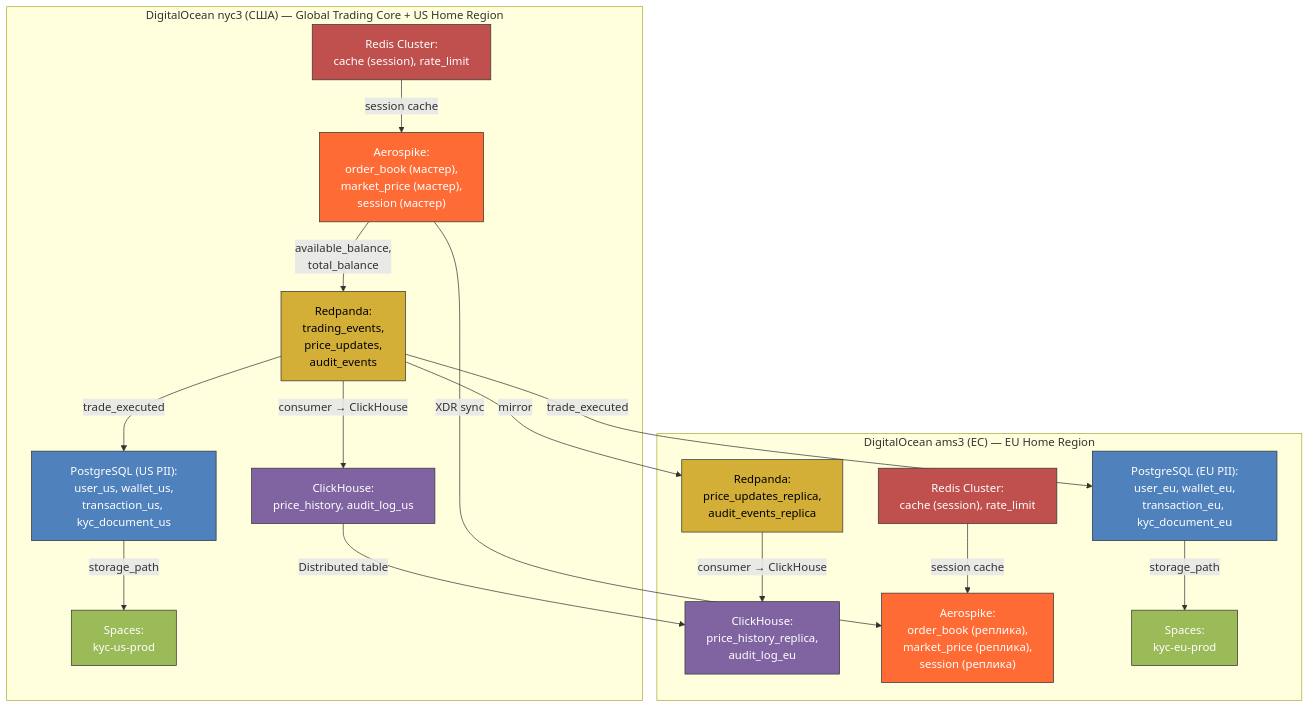
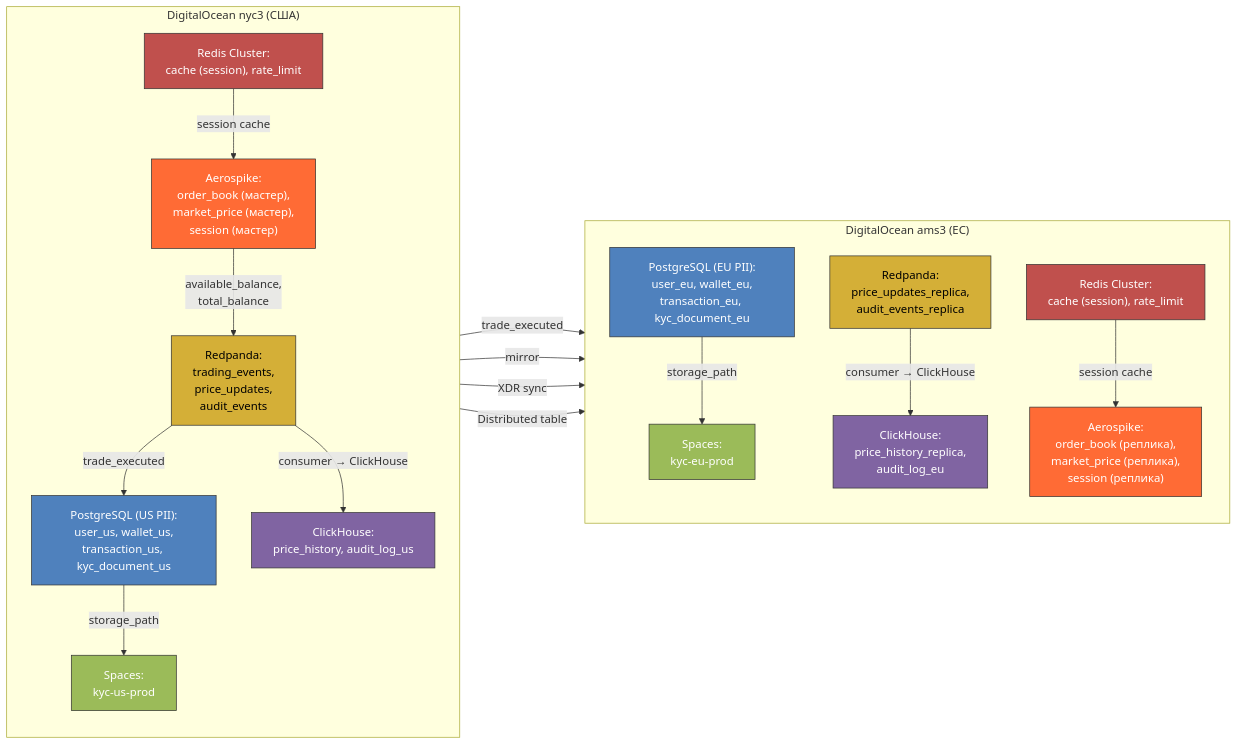
Before and after one commit to IfroloffI/highload-vk-edu-3-term: the diagram in README.md, drawn with Mermaid.

````diff
--- a/README.md
+++ b/README.md
@@ -514,47 +514,49 @@
 ```mermaid
-flowchart TD
-    subgraph nyc3["DigitalOcean nyc3 (США) — Global Trading Core + US Home Region"]
+flowchart LR
+    subgraph nyc3["DigitalOcean nyc3 (США)"]
+        direction TB
         A["PostgreSQL (US PII):<br/>user_us, wallet_us,<br/>transaction_us, kyc_document_us"]
         B["ClickHouse:<br/>price_history, audit_log_us"]
         C["Aerospike:<br/>order_book (мастер),<br/>market_price (мастер),<br/>session (мастер)"]
         D["Spaces:<br/>kyc-us-prod"]
         E["Redis Cluster:<br/>cache (session), rate_limit"]
         F["Redpanda:<br/>trading_events,<br/>price_updates,<br/>audit_events"]
     end
 
-    subgraph ams3["DigitalOcean ams3 (ЕС) — EU Home Region"]
+    subgraph ams3["DigitalOcean ams3 (ЕС)"]
+        direction TB
         G["PostgreSQL (EU PII):<br/>user_eu, wallet_eu,<br/>transaction_eu, kyc_document_eu"]
         H["ClickHouse:<br/>price_history_replica,<br/>audit_log_eu"]
         I["Aerospike:<br/>order_book (реплика),<br/>market_price (реплика),<br/>session (реплика)"]
         J["Spaces:<br/>kyc-eu-prod"]
         K["Redis Cluster:<br/>cache (session), rate_limit"]
         L["Redpanda:<br/>price_updates_replica,<br/>audit_events_replica"]
     end
 
     A -->|storage_path| D
     G -->|storage_path| J
     C -->|available_balance,<br/>total_balance| F
     F -->|trade_executed| A
     F -->|trade_executed| G
     F -->|consumer → ClickHouse| B
     L -->|consumer → ClickHouse| H
     F -->|mirror| L
     C -->|XDR sync| I
     B -->|Distributed table| H
     E -->|session cache| C
     K -->|session cache| I
 
     classDef pg fill:#4F81BD,stroke:#333,color:white
     classDef ch fill:#8064A2,stroke:#333,color:white
     classDef aerospike fill:#FF6B35,stroke:#333,color:white
     classDef redis fill:#C0504D,stroke:#333,color:white
     classDef spaces fill:#9BBB59,stroke:#333,color:white
     classDef redpanda fill:#D4AF37,stroke:#333,color:black
 
     class A,G pg
     class B,H ch
     class C,I aerospike
     class E,K redis
     class D,J spaces
     class F,L redpanda
 ```
````
